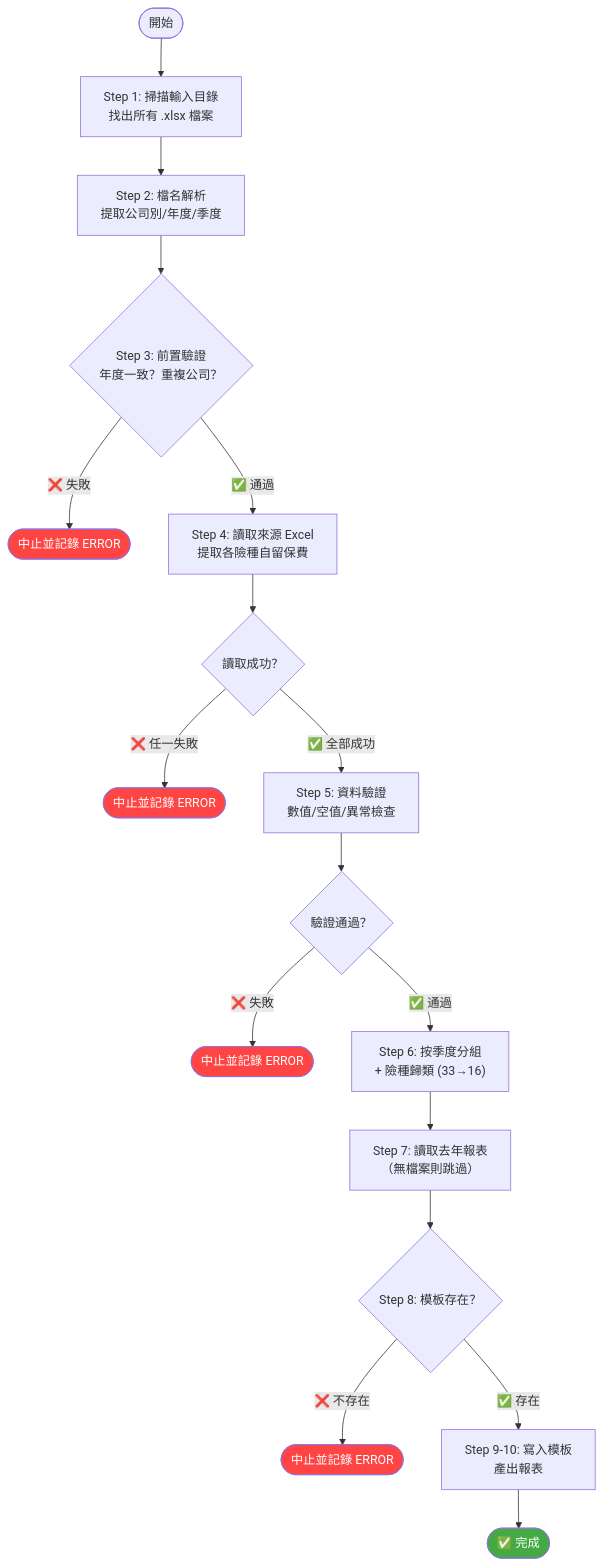
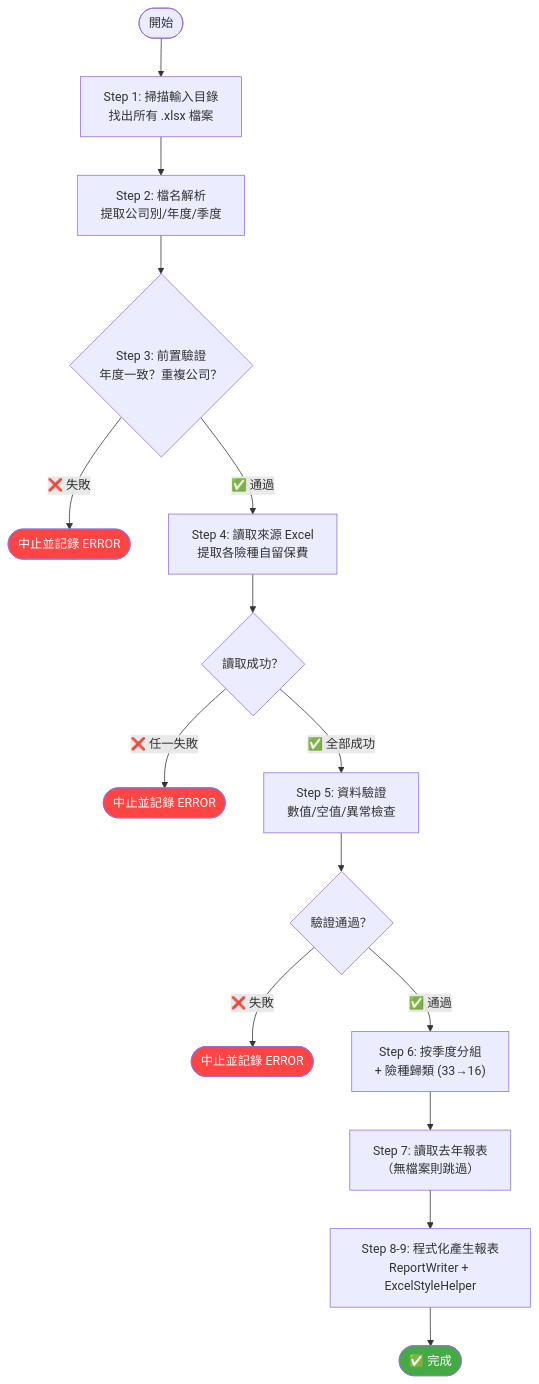
Before and after one commit to seawaterfoods/retained-premium-report-transformer: the first of 2 diagrams in docs/05-處理流程圖.md, drawn with Mermaid. The commit also changed other lines of this file and 11 other files, not shown here.

````diff
--- a/docs/05-處理流程圖.md
+++ b/docs/05-處理流程圖.md
@@ -9,31 +9,27 @@
 ```mermaid
 flowchart TD
     START([開始]) --> SCAN["Step 1: 掃描輸入目錄<br/>找出所有 .xlsx 檔案"]
     SCAN --> PARSE["Step 2: 檔名解析<br/>提取公司別/年度/季度"]
     PARSE --> PRE_VAL{"Step 3: 前置驗證<br/>年度一致？重複公司？"}
 
     PRE_VAL -->|❌ 失敗| ABORT1([中止並記錄 ERROR])
     PRE_VAL -->|✅ 通過| READ["Step 4: 讀取來源 Excel<br/>提取各險種自留保費"]
 
     READ --> READ_OK{"讀取成功？"}
     READ_OK -->|❌ 任一失敗| ABORT2([中止並記錄 ERROR])
     READ_OK -->|✅ 全部成功| DATA_VAL["Step 5: 資料驗證<br/>數值/空值/異常檢查"]
 
     DATA_VAL --> DATA_OK{"驗證通過？"}
     DATA_OK -->|❌ 失敗| ABORT3([中止並記錄 ERROR])
     DATA_OK -->|✅ 通過| GROUP["Step 6: 按季度分組<br/>+ 險種歸類 (33→16)"]
 
     GROUP --> LASTYEAR["Step 7: 讀取去年報表<br/>（無檔案則跳過）"]
-    LASTYEAR --> TMPL_CHK{"Step 8: 模板存在？"}
-
-    TMPL_CHK -->|❌ 不存在| ABORT4([中止並記錄 ERROR])
-    TMPL_CHK -->|✅ 存在| WRITE["Step 9-10: 寫入模板<br/>產出報表"]
+    LASTYEAR --> WRITE["Step 8-9: 程式化產生報表<br/>ReportWriter + ExcelStyleHelper"]
 
     WRITE --> DONE([✅ 完成])
 
     style ABORT1 fill:#f44,color:#fff
     style ABORT2 fill:#f44,color:#fff
     style ABORT3 fill:#f44,color:#fff
-    style ABORT4 fill:#f44,color:#fff
     style DONE fill:#4a4,color:#fff
 ```
````
